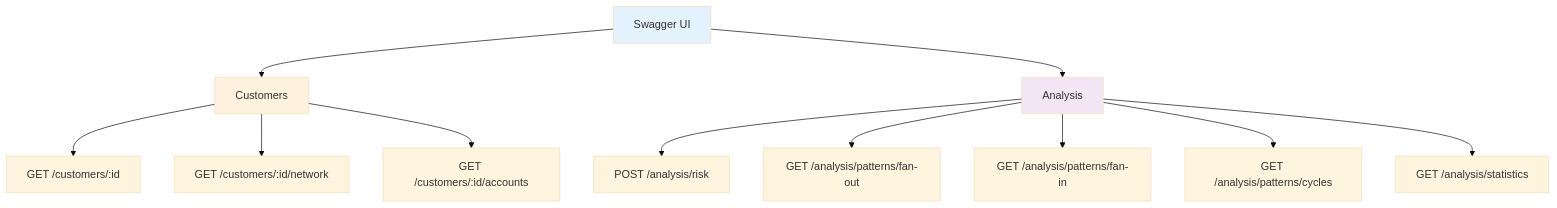
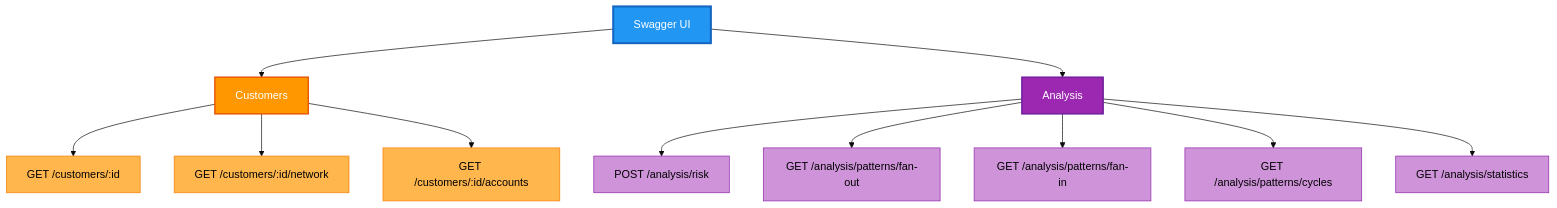
Diagram 12 of 14 in README.md (gregorizeidler/aml-graphs-detection-system), drawn with Mermaid (base theme) before and after one commit. The commit also changed other lines of this file, not shown here.

````diff
--- a/README.md
+++ b/README.md
@@ -542,19 +550,27 @@
 ```mermaid
 graph TD
     A[Swagger UI] --> B[Customers]
     A --> C[Analysis]
     
     B --> B1[GET /customers/:id]
     B --> B2[GET /customers/:id/network]
     B --> B3[GET /customers/:id/accounts]
     
     C --> C1[POST /analysis/risk]
     C --> C2[GET /analysis/patterns/fan-out]
     C --> C3[GET /analysis/patterns/fan-in]
     C --> C4[GET /analysis/patterns/cycles]
     C --> C5[GET /analysis/statistics]
     
-    style A fill:#e3f2fd
-    style B fill:#fff3e0
-    style C fill:#f3e5f5
+    style A fill:#2196F3,stroke:#1565C0,stroke-width:3px,color:#fff
+    style B fill:#FF9800,stroke:#E65100,stroke-width:2px,color:#fff
+    style C fill:#9C27B0,stroke:#6A1B9A,stroke-width:2px,color:#fff
+    style B1 fill:#FFB74D,stroke:#F57C00,stroke-width:1px,color:#000
+    style B2 fill:#FFB74D,stroke:#F57C00,stroke-width:1px,color:#000
+    style B3 fill:#FFB74D,stroke:#F57C00,stroke-width:1px,color:#000
+    style C1 fill:#CE93D8,stroke:#8E24AA,stroke-width:1px,color:#000
+    style C2 fill:#CE93D8,stroke:#8E24AA,stroke-width:1px,color:#000
+    style C3 fill:#CE93D8,stroke:#8E24AA,stroke-width:1px,color:#000
+    style C4 fill:#CE93D8,stroke:#8E24AA,stroke-width:1px,color:#000
+    style C5 fill:#CE93D8,stroke:#8E24AA,stroke-width:1px,color:#000
 ```
````
